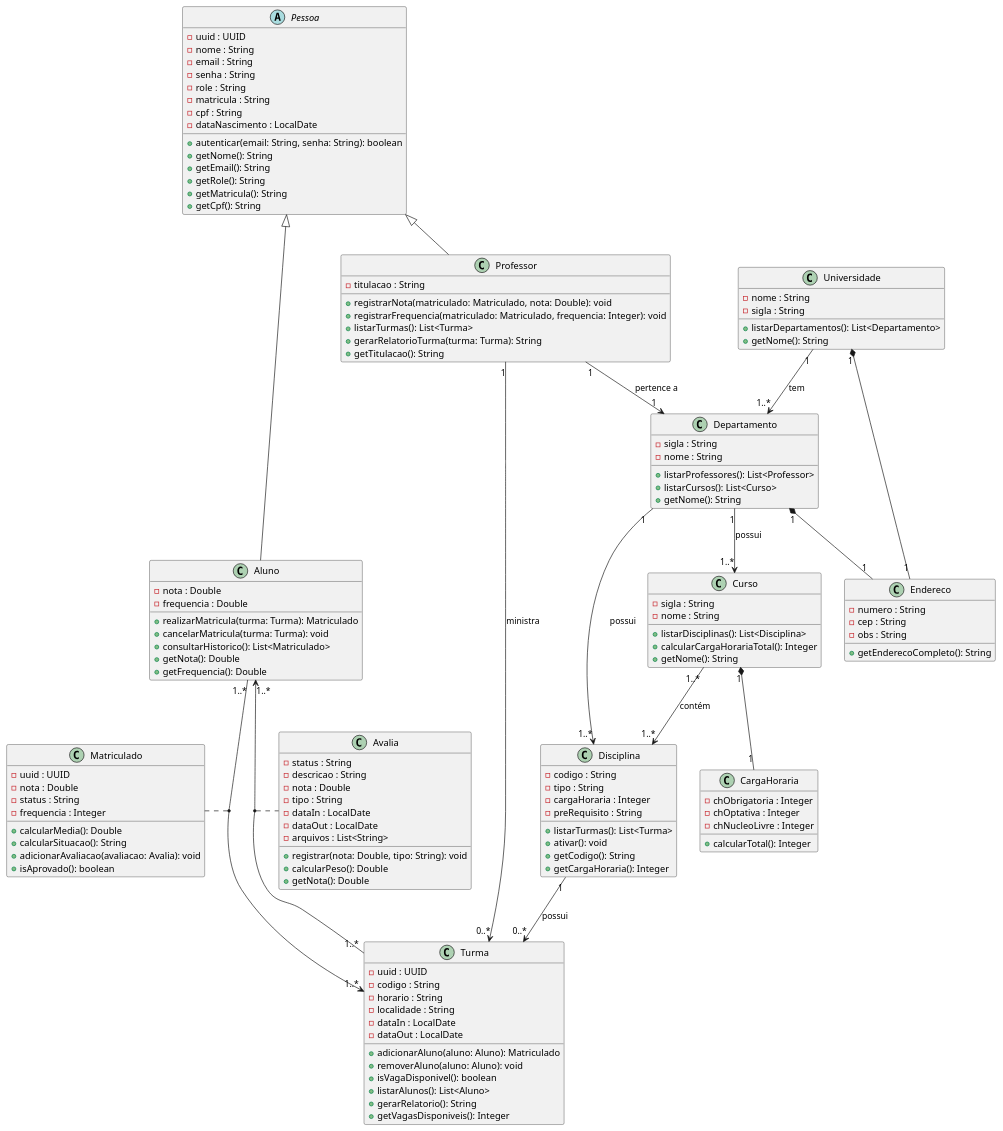
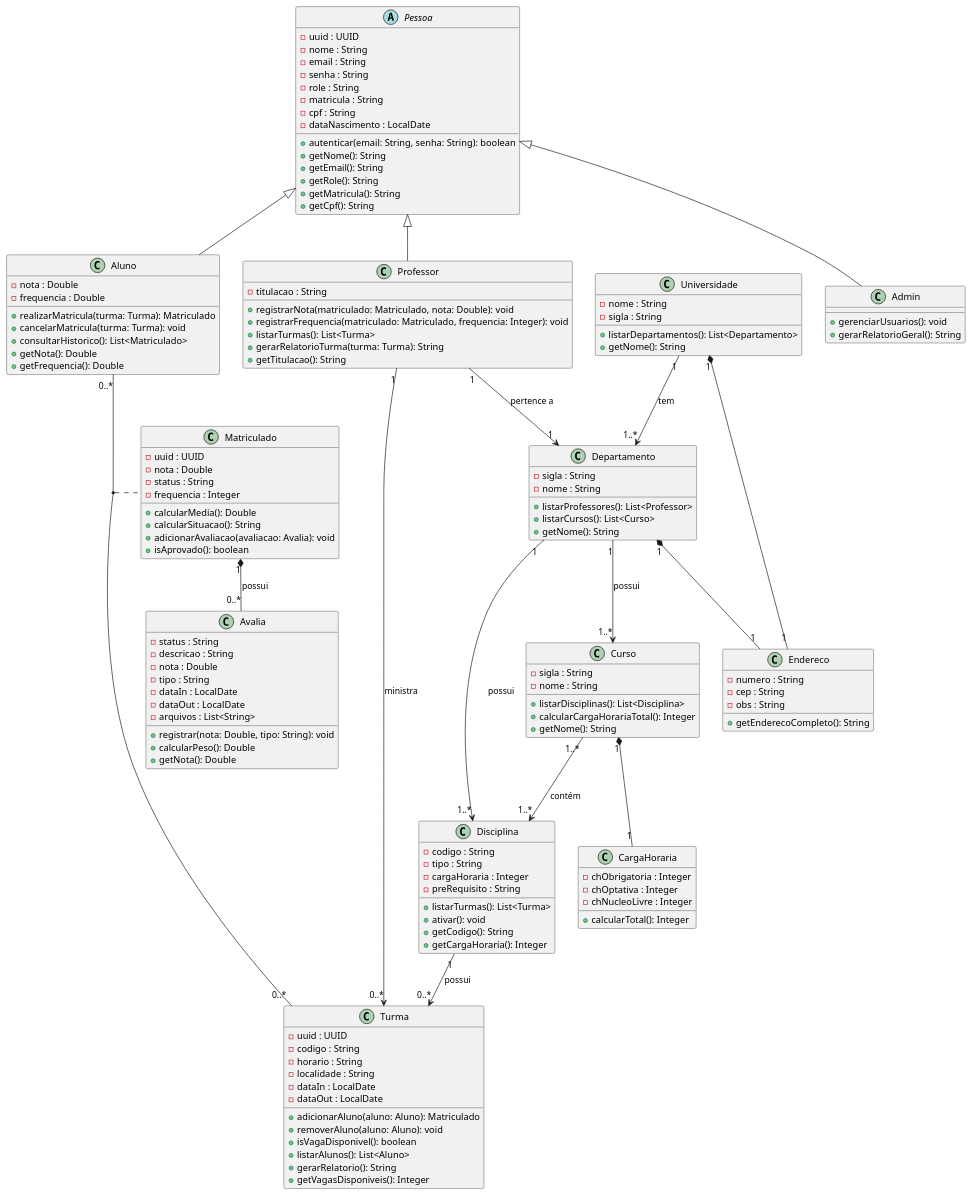
One commit to Rangelzin/SGA-Central-POO changed the diagram in docs/Diagrama-de-classes.puml. Above: the diagram before and after it, drawn with PlantUML. The commit also changed 2 other files, not shown here.

Commit message:
docs: Atualiza diagrama de classe e adiciona database.dbml

```diff
--- a/docs/Diagrama-de-classes.puml
+++ b/docs/Diagrama-de-classes.puml
@@ -1,146 +1,154 @@
 @startuml Diagrama de Classes
 
 abstract class Pessoa {
     - uuid : UUID
     - nome : String
     - email : String
     - senha : String
     - role : String
     - matricula : String
     - cpf : String
     - dataNascimento : LocalDate
     +autenticar(email: String, senha: String): boolean
     +getNome(): String
     +getEmail(): String
     +getRole(): String
     +getMatricula(): String
     +getCpf(): String
 }
 
 class Aluno {
     - nota : Double
     - frequencia : Double
     +realizarMatricula(turma: Turma): Matriculado
     +cancelarMatricula(turma: Turma): void
     +consultarHistorico(): List<Matriculado>
     +getNota(): Double
     +getFrequencia(): Double
 }
 
 class Professor {
     - titulacao : String
     +registrarNota(matriculado: Matriculado, nota: Double): void
     +registrarFrequencia(matriculado: Matriculado, frequencia: Integer): void
     +listarTurmas(): List<Turma>
     +gerarRelatorioTurma(turma: Turma): String
     +getTitulacao(): String
+}
+
+class Admin {
+    +gerenciarUsuarios(): void
+    +gerarRelatorioGeral(): String
 }
 
 class Turma {
     - uuid : UUID
     - codigo : String
     - horario : String
     - localidade : String
     - dataIn : LocalDate
     - dataOut : LocalDate
     +adicionarAluno(aluno: Aluno): Matriculado
     +removerAluno(aluno: Aluno): void
     +isVagaDisponivel(): boolean
     +listarAlunos(): List<Aluno>
     +gerarRelatorio(): String
     +getVagasDisponiveis(): Integer
 }
 
 class Matriculado {
     - uuid : UUID
     - nota : Double
     - status : String
     - frequencia : Integer
     +calcularMedia(): Double
     +calcularSituacao(): String
     +adicionarAvaliacao(avaliacao: Avalia): void
     +isAprovado(): boolean
 }
 
 class Avalia {
     - status : String
     - descricao : String
     - nota : Double
     - tipo : String
     - dataIn : LocalDate
     - dataOut : LocalDate
     - arquivos : List<String>
     +registrar(nota: Double, tipo: String): void
     +calcularPeso(): Double
     +getNota(): Double
 }
 
 class Disciplina {
     - codigo : String
     - tipo : String
     - cargaHoraria : Integer
     - preRequisito : String
     +listarTurmas(): List<Turma>
     +ativar(): void
     +getCodigo(): String
     +getCargaHoraria(): Integer
 }
 
 class Curso {
     - sigla : String
     - nome : String
     +listarDisciplinas(): List<Disciplina>
     +calcularCargaHorariaTotal(): Integer
     +getNome(): String
 }
 
 class CargaHoraria {
     - chObrigatoria : Integer
     - chOptativa : Integer
     - chNucleoLivre : Integer
     +calcularTotal(): Integer
 }
 
 class Departamento {
     - sigla : String
     - nome : String
     +listarProfessores(): List<Professor>
     +listarCursos(): List<Curso>
     +getNome(): String
 }
 
 class Universidade {
     - nome : String
     - sigla : String
     +listarDepartamentos(): List<Departamento>
     +getNome(): String
 }
 
 class Endereco {
     - numero : String
     - cep : String
     - obs : String
     +getEnderecoCompleto(): String
 }
 
 Pessoa <|-- Aluno
 Pessoa <|-- Professor
+Pessoa <|-- Admin
 
 Universidade "1" *-- "1" Endereco
 Departamento "1" *-- "1" Endereco
 Curso "1" *-- "1" CargaHoraria
 
 Universidade "1" --> "1..*" Departamento : tem
 Departamento "1" --> "1..*" Curso : possui
 Departamento "1" --> "1..*" Disciplina : possui
 Curso "1..*" --> "1..*" Disciplina : contém
 Disciplina "1" --> "0..*" Turma : possui
 
 Professor "1" --> "1" Departamento : pertence a
 Professor "1" --> "0..*" Turma : ministra
-Aluno "1..*"<-- "1..*" Turma
-Aluno "1..*"--> "1..*" Turma
+
+' Associação N:M entre Aluno e Turma resolvida pela classe de associação Matriculado.
+' Avalia pertence a uma matrícula (Matriculado), não diretamente a (Aluno, Turma).
+Aluno "0..*" -- "0..*" Turma
 (Aluno, Turma) .. Matriculado
-(Aluno, Turma) .. Avalia
+Matriculado "1" *-- "0..*" Avalia : possui
 
 @enduml
```
